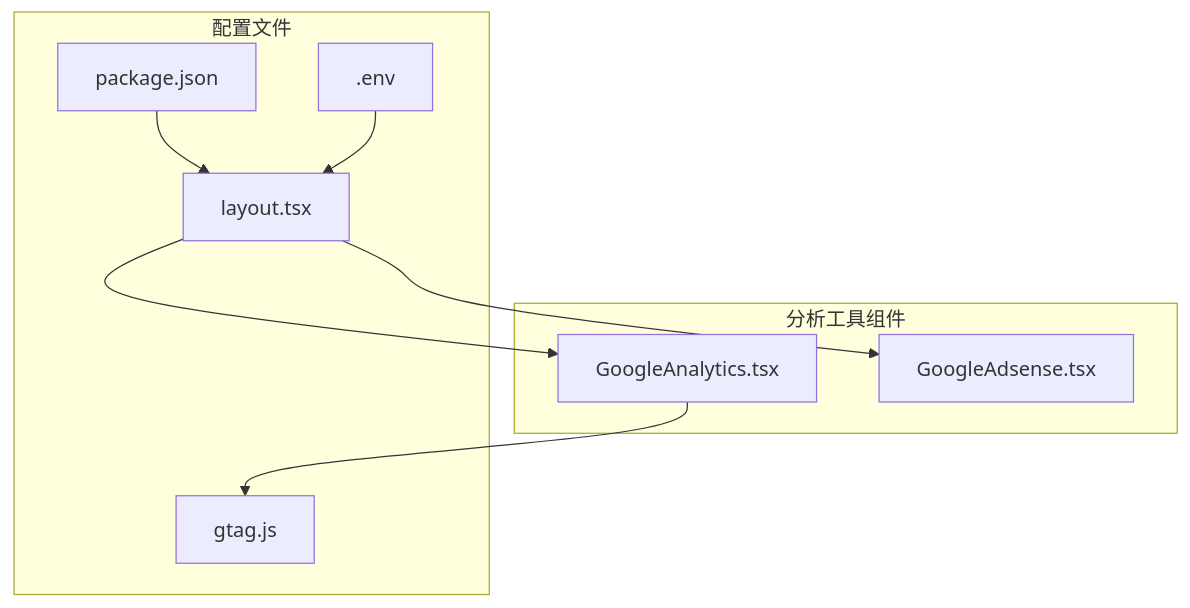
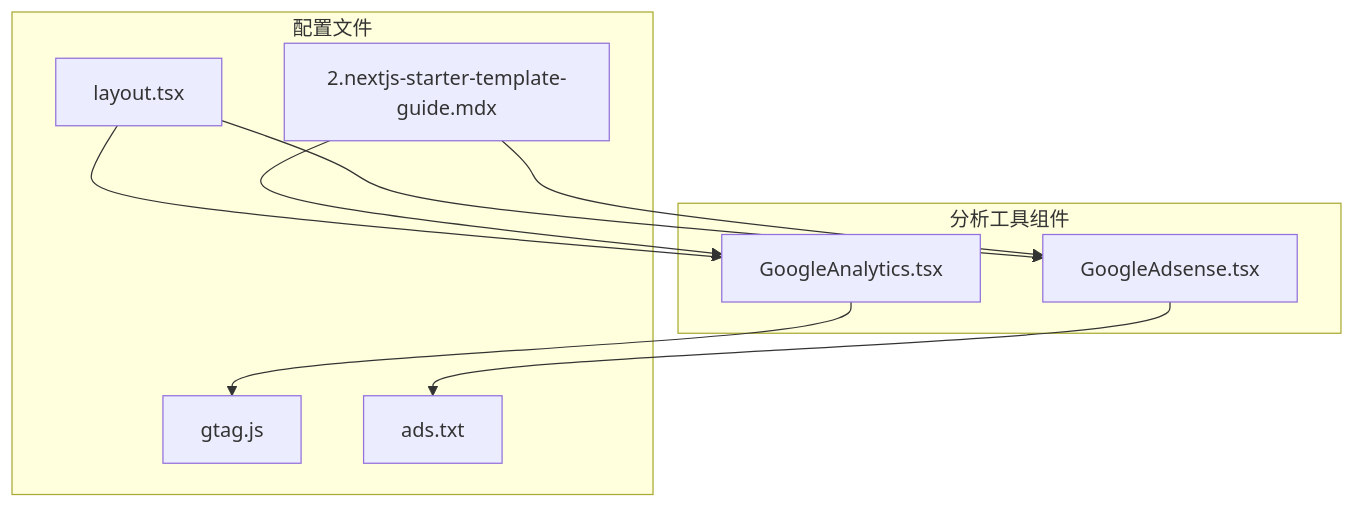
One commit to billychou/linkedin-answer changed the first of 7 diagrams in .qoder/repowiki/zh/content/分析和监控系统/分析工具集成.md. Above: the diagram before and after it, drawn with Mermaid. The commit also changed other lines of this file and 10 other files, not shown here.

````diff
--- a/.qoder/repowiki/zh/content/分析和监控系统/分析工具集成.md
+++ b/.qoder/repowiki/zh/content/分析和监控系统/分析工具集成.md
@@ -43,18 +42,19 @@
 ```mermaid
 graph TB
 subgraph "分析工具组件"
 GA[GoogleAnalytics.tsx]
 GA2[GoogleAdsense.tsx]
 end
 subgraph "配置文件"
 GJ[gtag.js]
 LAYOUT[layout.tsx]
-ENV[.env]
-PKG[package.json]
+ADSTXT[ads.txt]
+MDX[2.nextjs-starter-template-guide.mdx]
 end
 GA --> GJ
 LAYOUT --> GA
 LAYOUT --> GA2
-PKG --> LAYOUT
-ENV --> LAYOUT
+GA2 --> ADSTXT
+MDX --> GA
+MDX --> GA2
 ```
````
